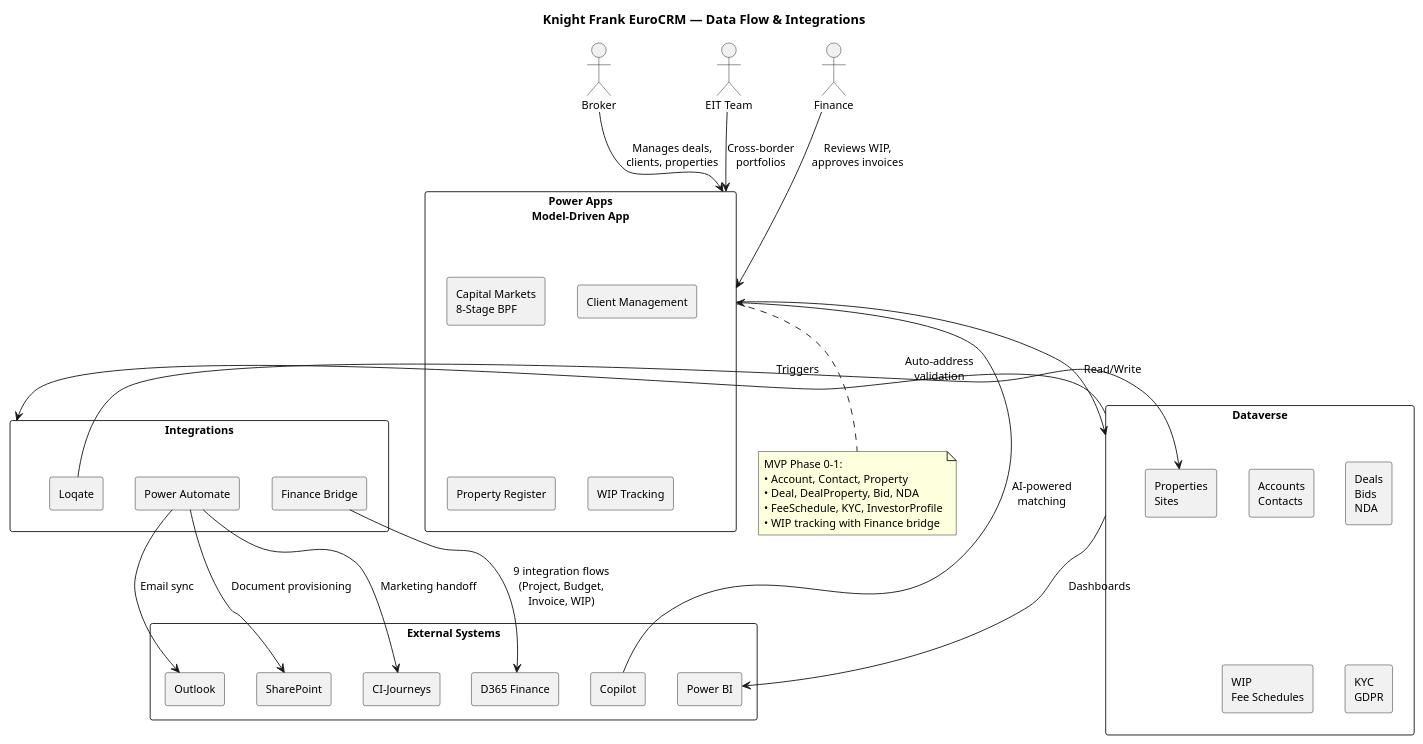
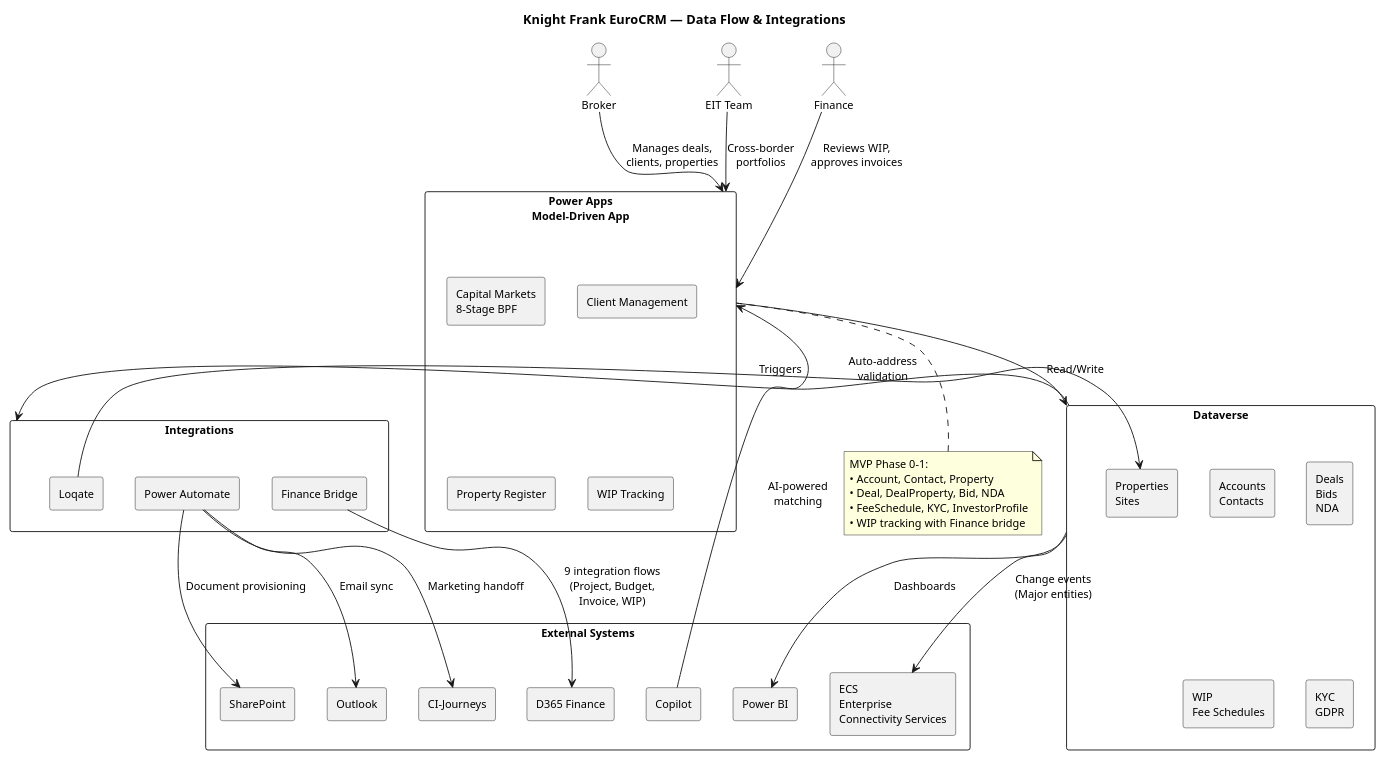
One commit to newportg/POC-EuroCRM changed the diagram in POC-EuroCRM-Vault/wiki/architecture-dataflow.puml. Above: the diagram before and after it, drawn with PlantUML. The commit also changed 15 other files, not shown here.

```diff
--- a/POC-EuroCRM-Vault/wiki/architecture-dataflow.puml
+++ b/POC-EuroCRM-Vault/wiki/architecture-dataflow.puml
@@ -1,67 +1,69 @@
 @startuml EuroCRM Data Flow
 
 title Knight Frank EuroCRM — Data Flow & Integrations
 
 'skinparam backgroundColor #FEFEFE
 skinparam defaultFontName Segoe UI
 skinparam defaultFontSize 12
 
 actor "Broker" as BROKER
 actor "EIT Team" as EIT
 actor "Finance" as FIN_USER
 
 rectangle "Power Apps\nModel-Driven App" as APP {
   rectangle "Capital Markets\n8-Stage BPF" as CM_BPF
   rectangle "Client Management" as CLIENT_MGMT
   rectangle "Property Register" as PROP_REG
   rectangle "WIP Tracking" as WIP
 }
 
 rectangle "Dataverse" as DV {
   rectangle "Accounts\nContacts" as ACCTS
   rectangle "Properties\nSites" as PROPS
   rectangle "Deals\nBids\nNDA" as DEALS
   rectangle "WIP\nFee Schedules" as WIP_DATA
   rectangle "KYC\nGDPR" as COMPLY
 }
 
 rectangle "Integrations" as INT {
   rectangle "Power Automate" as PA
   rectangle "Finance Bridge" as FB
   rectangle "Loqate" as LOQATE
 }
 
 rectangle "External Systems" as EXT {
   rectangle "Outlook" as OL
   rectangle "SharePoint" as SP
   rectangle "Power BI" as PBI
   rectangle "D365 Finance" as D365FIN
   rectangle "CI-Journeys" as CIJ
   rectangle "Copilot" as COPILOT
+  rectangle "ECS\nEnterprise\nConnectivity Services" as ECS
 }
 
 BROKER --> APP : "Manages deals,\nclients, properties"
 EIT --> APP : "Cross-border\nportfolios"
 FIN_USER --> APP : "Reviews WIP,\napproves invoices"
 
 APP --> DV : "Read/Write"
 DV --> INT : "Triggers"
 
 PA --> OL : "Email sync"
 PA --> SP : "Document provisioning"
 PA --> CIJ : "Marketing handoff"
 FB --> D365FIN : "9 integration flows\n(Project, Budget,\nInvoice, WIP)"
 LOQATE --> PROPS : "Auto-address\nvalidation"
 
+DV --> ECS : "Change events\n(Major entities)"
 DV --> PBI : "Dashboards"
 COPILOT --> APP : "AI-powered\nmatching"
 
 note bottom of APP
   MVP Phase 0-1:
   • Account, Contact, Property
   • Deal, DealProperty, Bid, NDA
   • FeeSchedule, KYC, InvestorProfile
   • WIP tracking with Finance bridge
 end note
 
 @enduml
```
